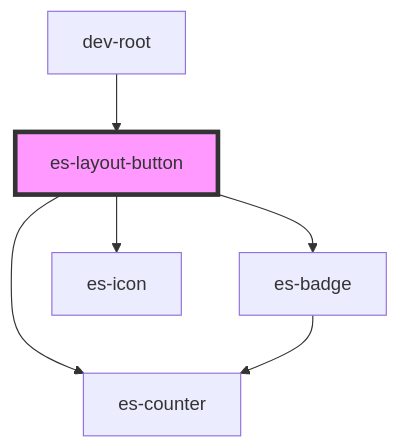
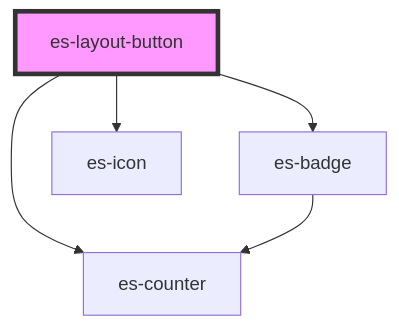
The diagram in packages/layout/src/components/es-layout-button/readme.md (EventStore/Design-System), drawn with Mermaid before and after one commit. The commit also changed other lines of this file and 20 other files, not shown here.

Commit message:
Make es-nav leaves optionally strict - don't default to strict - add option to re-enable it - move dev-root to be a .demo component

````diff
--- a/packages/layout/src/components/es-layout-button/readme.md
+++ b/packages/layout/src/components/es-layout-button/readme.md
@@ -154,9 +150,8 @@
 ```mermaid
 graph TD;
   es-layout-button --> es-counter
   es-layout-button --> es-badge
   es-layout-button --> es-icon
   es-badge --> es-counter
-  dev-root --> es-layout-button
   style es-layout-button fill:#f9f,stroke:#333,stroke-width:4px
 ```
````
